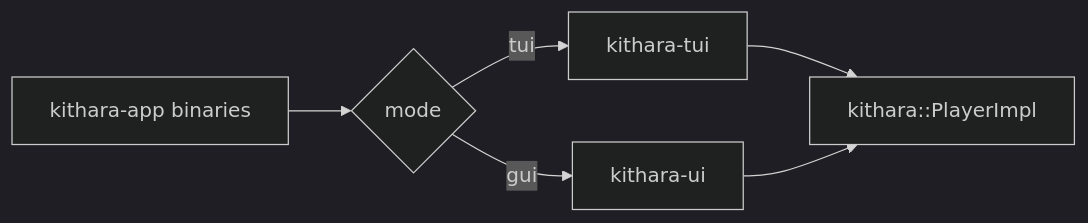
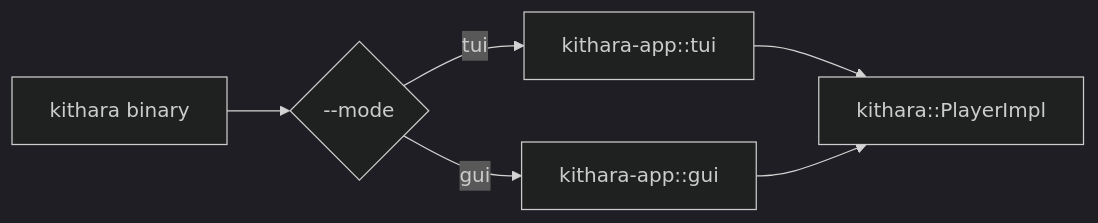
One commit to zvuk/kithara changed the diagram in crates/kithara-app/README.md. Above: the diagram before and after it, drawn with Mermaid (dark theme). The commit also changed other lines of this file and 805 other files, not shown here.

````diff
--- a/crates/kithara-app/README.md
+++ b/crates/kithara-app/README.md
@@ -42,8 +44,8 @@
 ```mermaid
 flowchart LR
-    cli["kithara-app binaries"] --> mode{"mode"}
-    mode -->|tui| tui["kithara-tui"]
-    mode -->|gui| gui["kithara-ui"]
+    cli["kithara binary"] --> mode{"--mode"}
+    mode -->|tui| tui["kithara-app::tui"]
+    mode -->|gui| gui["kithara-app::gui"]
     tui --> core["kithara::PlayerImpl"]
     gui --> core
 ```
````
